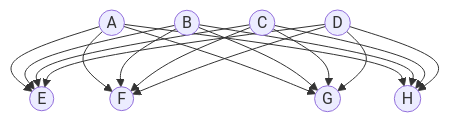
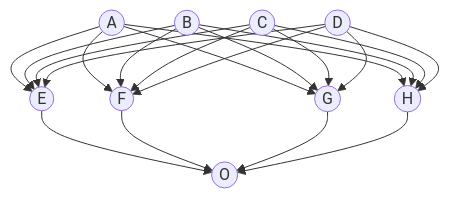
The second of 2 diagrams in DL/ANN.md (Arannamoy-Mondal/NLP-MLOPS), drawn with Mermaid before and after one commit.

Commit message:
upd:ANN.md

````diff
--- a/DL/ANN.md
+++ b/DL/ANN.md
@@ -12,19 +12,23 @@
 ```mermaid
 graph TD;
   A((A)) --> E((E))
   A((A)) --> F((F))
   A((A)) --> G((G))
   A((A)) --> H((H))
   B((B)) --> E((E))
   B((B)) --> F((F))
   B((B)) --> G((G))
   B((B)) --> H((H))
   C((C)) --> E((E))
   C((C)) --> F((F))
   C((C)) --> G((G))
   C((C)) --> H((H))
   D((D)) --> E((E))
   D((D)) --> F((F))
   D((D)) --> G((G))
   D((D)) --> H((H))
+  E((E)) --> O((O))
+  F((F)) --> O((O))
+  G((G)) --> O((O))
+  H((H)) --> O((O))
 ```
````
